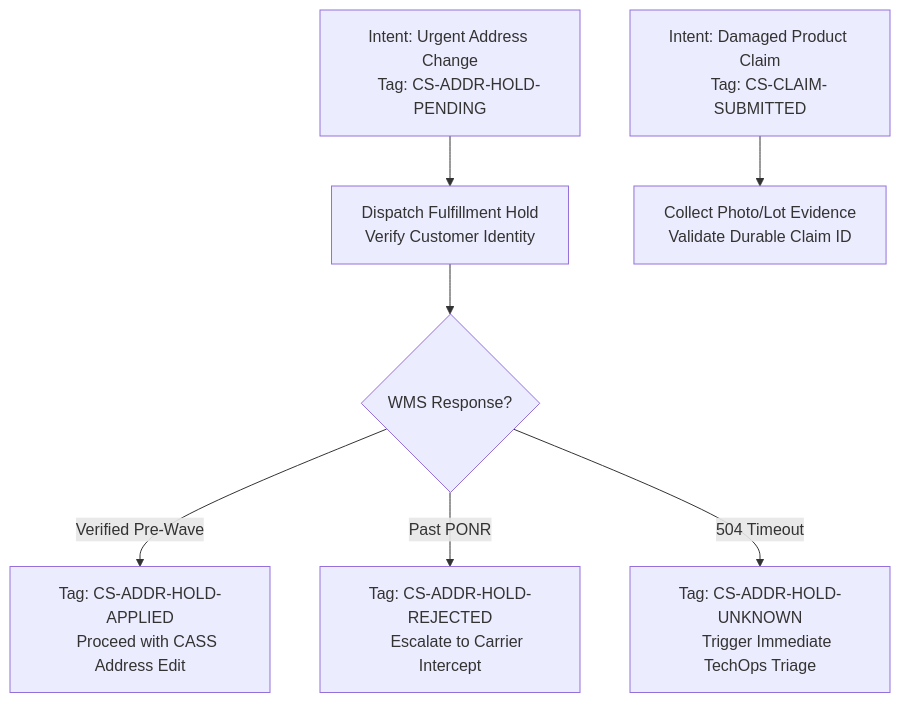
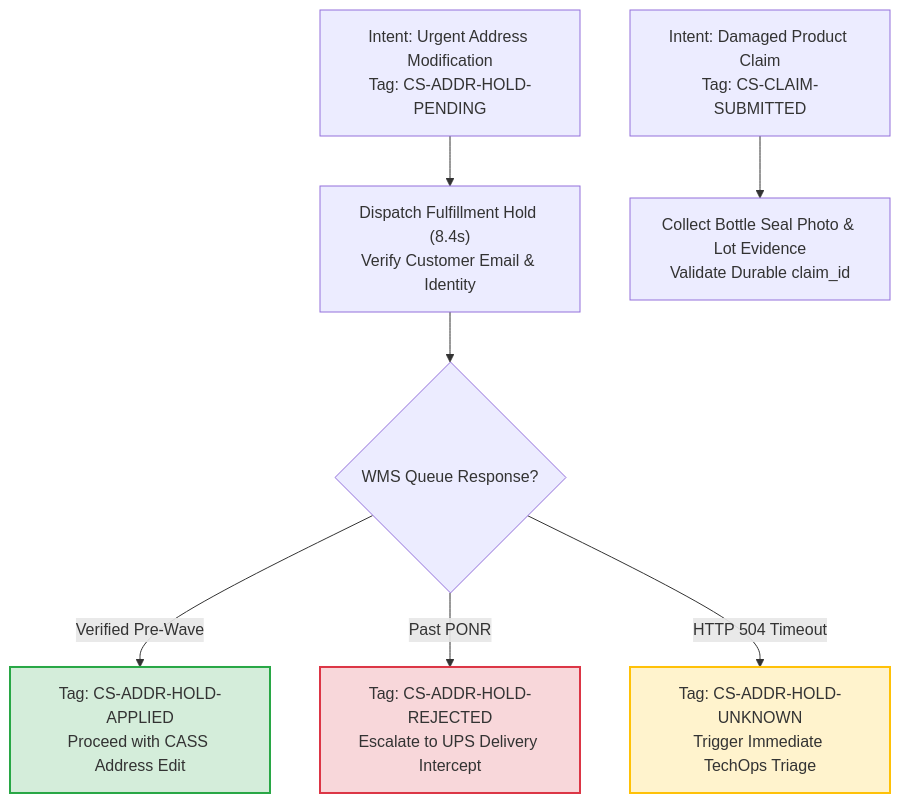
Before and after one commit to riovicsusas/portfolio: the second of 3 diagrams in domain-6-frontline-helpdesk/MasterDossier-Domain6-FrontlineHelpdeskAutomation.md, drawn with Mermaid. The commit also changed other lines of this file and 1 other file, not shown here.

````diff
--- a/domain-6-frontline-helpdesk/MasterDossier-Domain6-FrontlineHelpdeskAutomation.md
+++ b/domain-6-frontline-helpdesk/MasterDossier-Domain6-FrontlineHelpdeskAutomation.md
@@ -82,18 +142,15 @@
 ```mermaid
 flowchart TD
-    I1["Intent: Urgent Address Change
-    Tag: CS-ADDR-HOLD-PENDING"] --> A1["Dispatch Fulfillment Hold
-    Verify Customer Identity"]
+    I1["Intent: Urgent Address Modification<br/>Tag: CS-ADDR-HOLD-PENDING"] --> A1["Dispatch Fulfillment Hold (8.4s)<br/>Verify Customer Email & Identity"]
 
-    A1 --> O1{WMS Response?}
-    O1 -- Verified Pre-Wave --> T_App["Tag: CS-ADDR-HOLD-APPLIED
-    Proceed with CASS Address Edit"]
-    O1 -- Past PONR --> T_Rej["Tag: CS-ADDR-HOLD-REJECTED
-    Escalate to Carrier Intercept"]
-    O1 -- 504 Timeout --> T_Unk["Tag: CS-ADDR-HOLD-UNKNOWN
-    Trigger Immediate TechOps Triage"]
+    A1 --> O1{"WMS Queue Response?"}
+    O1 -- "Verified Pre-Wave" --> T_App["Tag: CS-ADDR-HOLD-APPLIED<br/>Proceed with CASS Address Edit"]
+    O1 -- "Past PONR" --> T_Rej["Tag: CS-ADDR-HOLD-REJECTED<br/>Escalate to UPS Delivery Intercept"]
+    O1 -- "HTTP 504 Timeout" --> T_Unk["Tag: CS-ADDR-HOLD-UNKNOWN<br/>Trigger Immediate TechOps Triage"]
 
-    I2["Intent: Damaged Product Claim
-    Tag: CS-CLAIM-SUBMITTED"] --> A2["Collect Photo/Lot Evidence
-    Validate Durable Claim ID"]
+    I2["Intent: Damaged Product Claim<br/>Tag: CS-CLAIM-SUBMITTED"] --> A2["Collect Bottle Seal Photo & Lot Evidence<br/>Validate Durable claim_id"]
+
+    style T_App fill:#d4edda,stroke:#28a745,stroke-width:2px;
+    style T_Rej fill:#f8d7da,stroke:#dc3545,stroke-width:2px;
+    style T_Unk fill:#fff3cd,stroke:#ffc107,stroke-width:2px;
 ```
````
